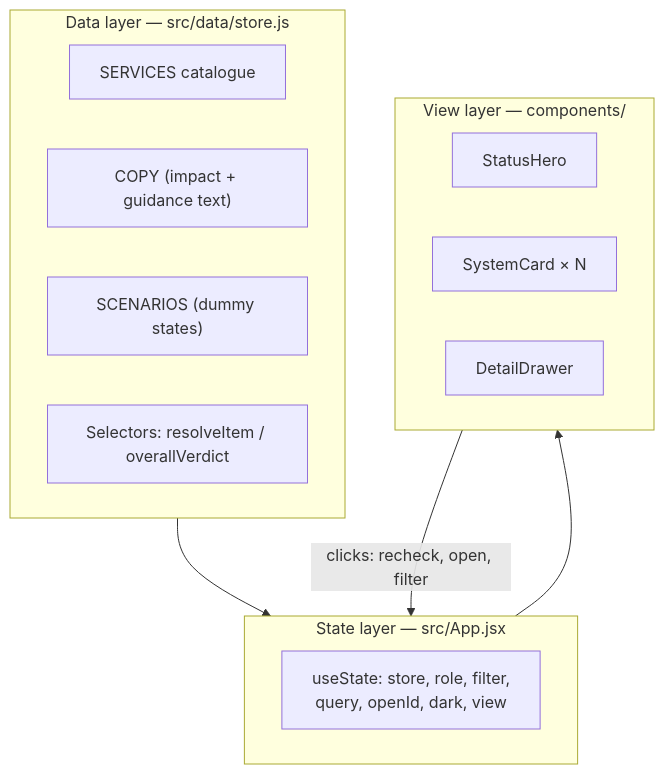
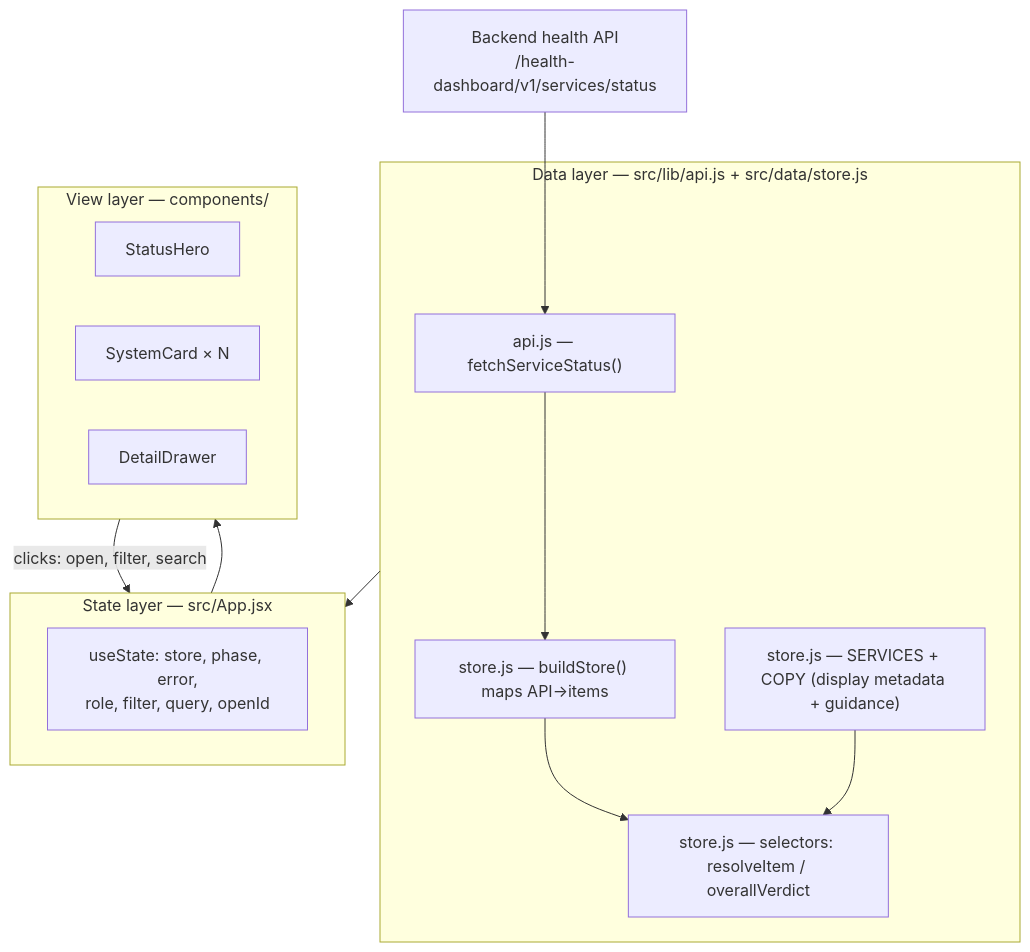
Before and after one commit to pucardotorg/public-health-dashboard: the third of 9 diagrams in PROJECT_GUIDE.md, drawn with Mermaid. The commit also changed other lines of this file and 16 other files, not shown here.

````diff
--- a/PROJECT_GUIDE.md
+++ b/PROJECT_GUIDE.md
@@ -138,19 +165,22 @@
 ```mermaid
 graph TD
-    subgraph DATA["Data layer — src/data/store.js"]
-        SVC["SERVICES catalogue"]
-        COPY["COPY (impact + guidance text)"]
-        SCN["SCENARIOS (dummy states)"]
-        SEL["Selectors: resolveItem / overallVerdict"]
+    API["Backend health API<br/>/health-dashboard/v1/services/status"] --> FETCH
+    subgraph DATA["Data layer — src/lib/api.js + src/data/store.js"]
+        FETCH["api.js — fetchServiceStatus()"]
+        BUILD["store.js — buildStore() maps API→items"]
+        COPY["store.js — SERVICES + COPY (display metadata + guidance)"]
+        SEL["store.js — selectors: resolveItem / overallVerdict"]
+        FETCH --> BUILD --> SEL
+        COPY --> SEL
     end
     subgraph STATE["State layer — src/App.jsx"]
-        ST["useState: store, role, filter,<br/>query, openId, dark, view"]
+        ST["useState: store, phase, error,<br/>role, filter, query, openId"]
     end
     subgraph VIEW["View layer — components/"]
         HERO["StatusHero"]
         CARD["SystemCard × N"]
         DRAWER["DetailDrawer"]
     end
     DATA --> STATE --> VIEW
-    VIEW -- "clicks: recheck, open, filter" --> STATE
+    VIEW -- "clicks: open, filter, search" --> STATE
 ```
````
